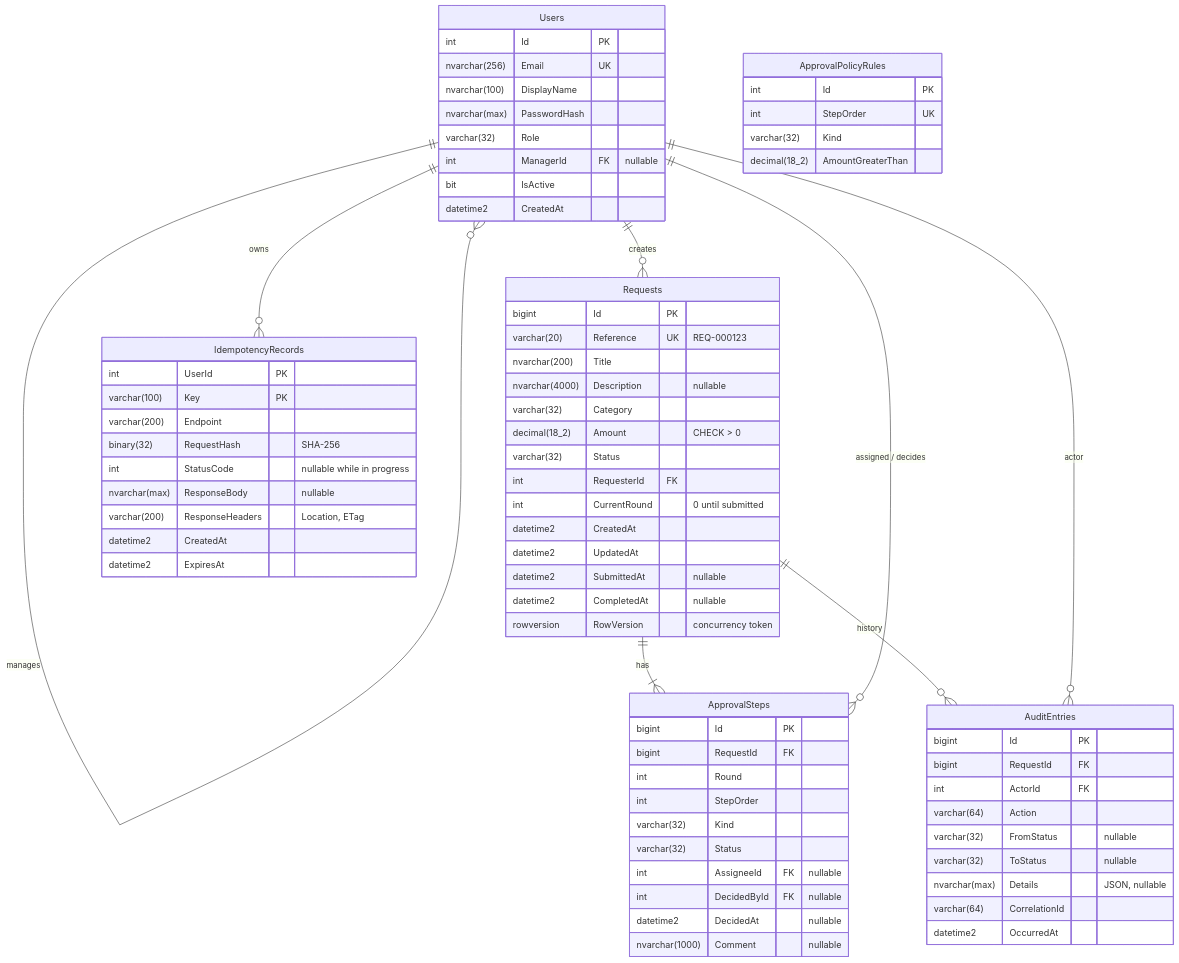
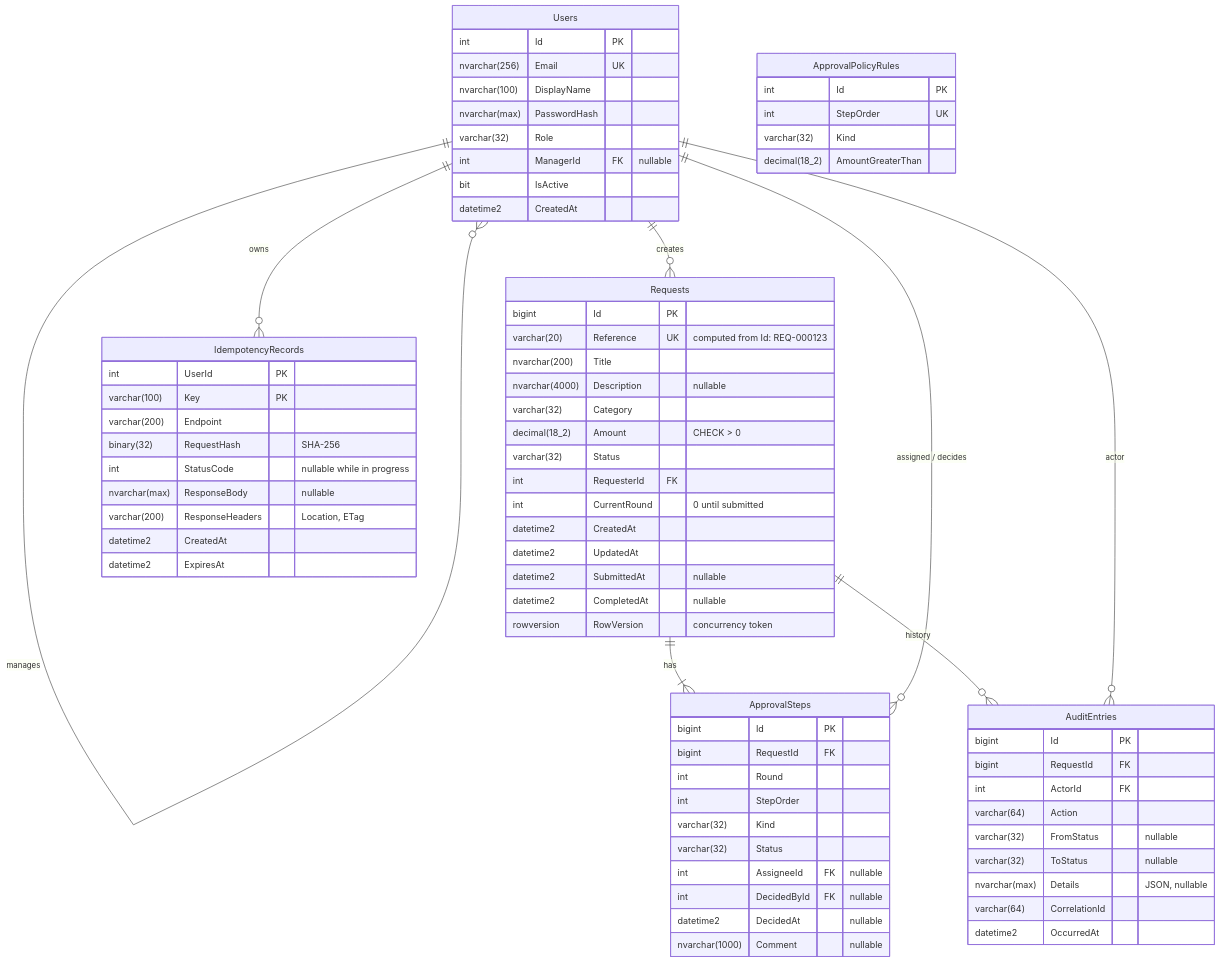
One commit to silverricardo/opsflow-api changed the third of 3 diagrams in docs/design.md. Above: the diagram before and after it, drawn with Mermaid. The commit also changed other lines of this file and 91 other files, not shown here.

````diff
--- a/docs/design.md
+++ b/docs/design.md
@@ -96,77 +96,77 @@
 ```mermaid
 erDiagram
     Users ||--o{ Users : "manages"
     Users ||--o{ Requests : "creates"
     Requests ||--|{ ApprovalSteps : "has"
     Users ||--o{ ApprovalSteps : "assigned / decides"
     Requests ||--o{ AuditEntries : "history"
     Users ||--o{ AuditEntries : "actor"
     Users ||--o{ IdempotencyRecords : "owns"
 
     Users {
         int Id PK
         nvarchar(256) Email UK
         nvarchar(100) DisplayName
         nvarchar(max) PasswordHash
         varchar(32) Role
         int ManagerId FK "nullable"
         bit IsActive
         datetime2 CreatedAt
     }
     Requests {
         bigint Id PK
-        varchar(20) Reference UK "REQ-000123"
+        varchar(20) Reference UK "computed from Id: REQ-000123"
         nvarchar(200) Title
         nvarchar(4000) Description "nullable"
         varchar(32) Category
         decimal(18_2) Amount "CHECK > 0"
         varchar(32) Status
         int RequesterId FK
         int CurrentRound "0 until submitted"
         datetime2 CreatedAt
         datetime2 UpdatedAt
         datetime2 SubmittedAt "nullable"
         datetime2 CompletedAt "nullable"
         rowversion RowVersion "concurrency token"
     }
     ApprovalSteps {
         bigint Id PK
         bigint RequestId FK
         int Round
         int StepOrder
         varchar(32) Kind
         varchar(32) Status
         int AssigneeId FK "nullable"
         int DecidedById FK "nullable"
         datetime2 DecidedAt "nullable"
         nvarchar(1000) Comment "nullable"
     }
     ApprovalPolicyRules {
         int Id PK
         int StepOrder UK
         varchar(32) Kind
         decimal(18_2) AmountGreaterThan
     }
     AuditEntries {
         bigint Id PK
         bigint RequestId FK
         int ActorId FK
         varchar(64) Action
         varchar(32) FromStatus "nullable"
         varchar(32) ToStatus "nullable"
         nvarchar(max) Details "JSON, nullable"
         varchar(64) CorrelationId
         datetime2 OccurredAt
     }
     IdempotencyRecords {
         int UserId PK
         varchar(100) Key PK
         varchar(200) Endpoint
         binary(32) RequestHash "SHA-256"
         int StatusCode "nullable while in progress"
         nvarchar(max) ResponseBody "nullable"
         varchar(200) ResponseHeaders "Location, ETag"
         datetime2 CreatedAt
         datetime2 ExpiresAt
     }
 ```
````
